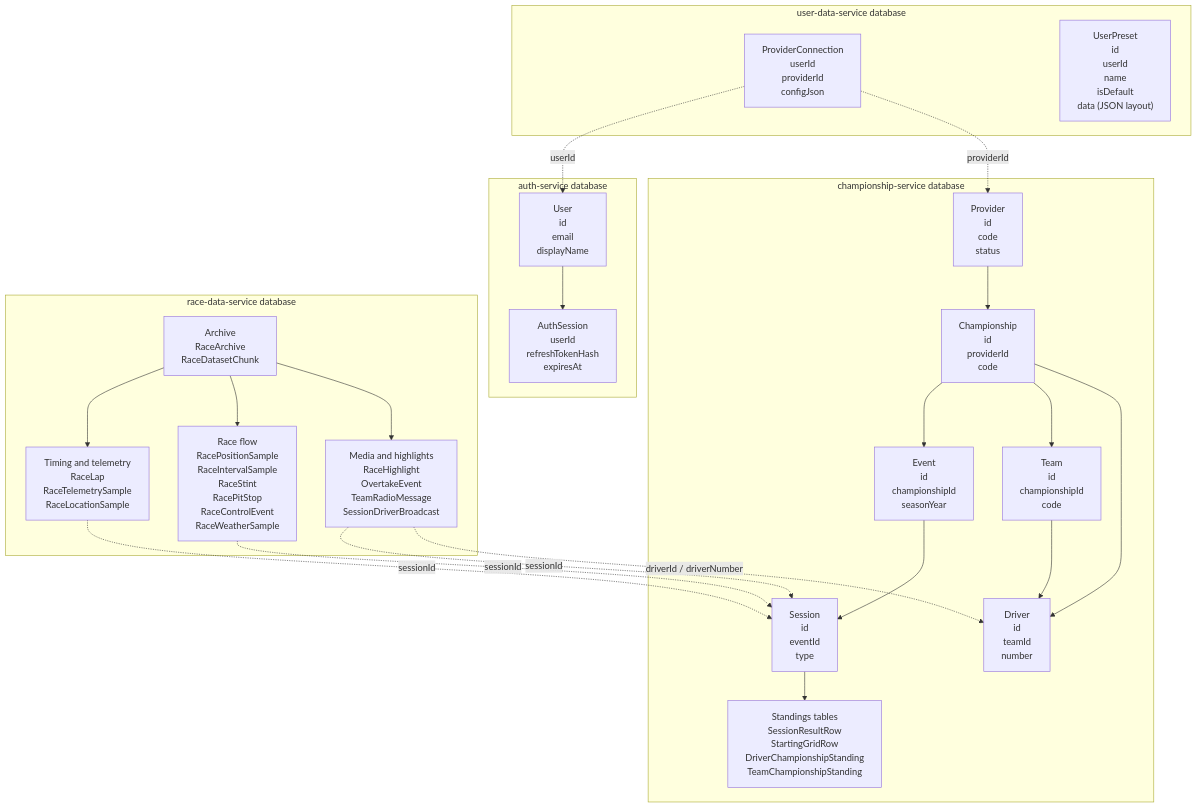
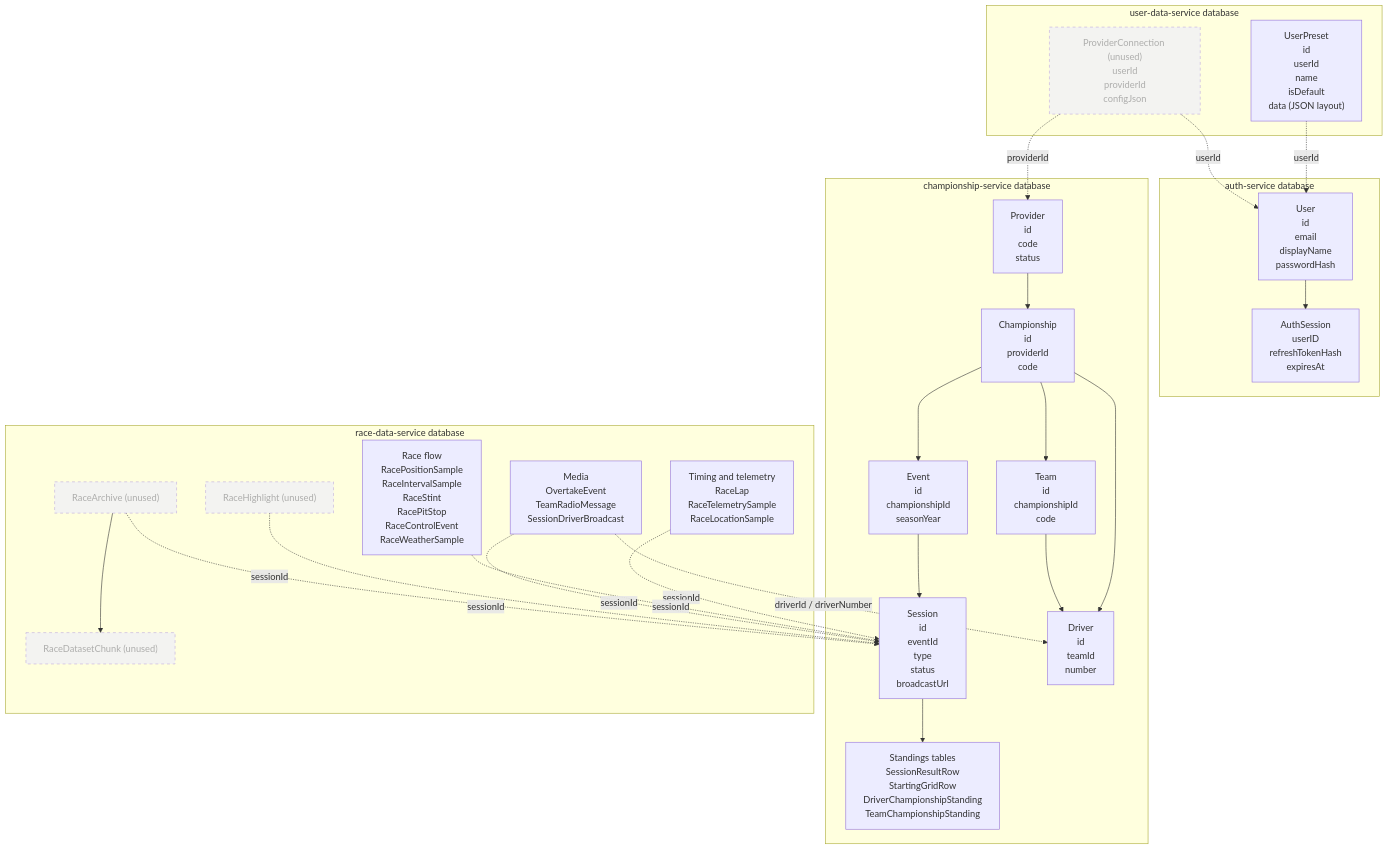
One commit to OverDrive-Motorsports/OD_Backend changed the diagram in docs/database-diagram.mmd. Above: the diagram before and after it, drawn with Mermaid. The commit also changed 28 other files, not shown here.

Commit message:
fix(user-data): serialise per-user preset writes and surface token expiry

```diff
--- a/docs/database-diagram.mmd
+++ b/docs/database-diagram.mmd
@@ -1,96 +1,102 @@
 flowchart TB
     subgraph AUTH_DB["auth-service database"]
         AUTH_USER["User
 id
 email
-displayName"]
+displayName
+passwordHash"]
         AUTH_SESSION["AuthSession
-userId
+userID
 refreshTokenHash
 expiresAt"]
         AUTH_USER --> AUTH_SESSION
     end
 
     subgraph USER_DATA_DB["user-data-service database"]
-        UDS_CONNECTION["ProviderConnection
-userId
-providerId
-configJson"]
         UDS_PRESET["UserPreset
 id
 userId
 name
 isDefault
 data (JSON layout)"]
+        UDS_CONNECTION["ProviderConnection (unused)
+userId
+providerId
+configJson"]
     end
 
     subgraph CHAMPIONSHIP_DB["championship-service database"]
         CH_PROVIDER["Provider
 id
 code
 status"]
         CH_CHAMP["Championship
 id
 providerId
 code"]
         CH_EVENT["Event
 id
 championshipId
 seasonYear"]
         CH_SESSION["Session
 id
 eventId
-type"]
+type
+status
+broadcastUrl"]
         CH_TEAM["Team
 id
 championshipId
 code"]
         CH_DRIVER["Driver
 id
 teamId
 number"]
         CH_STANDINGS["Standings tables
 SessionResultRow
 StartingGridRow
 DriverChampionshipStanding
 TeamChampionshipStanding"]
         CH_PROVIDER --> CH_CHAMP
         CH_CHAMP --> CH_EVENT
         CH_CHAMP --> CH_TEAM
         CH_CHAMP --> CH_DRIVER
         CH_EVENT --> CH_SESSION
         CH_TEAM --> CH_DRIVER
         CH_SESSION --> CH_STANDINGS
     end
 
     subgraph RACE_DATA_DB["race-data-service database"]
         RD_TIMING["Timing and telemetry
 RaceLap
 RaceTelemetrySample
 RaceLocationSample"]
         RD_FLOW["Race flow
 RacePositionSample
 RaceIntervalSample
 RaceStint
 RacePitStop
 RaceControlEvent
 RaceWeatherSample"]
-        RD_MEDIA["Media and highlights
-RaceHighlight
+        RD_MEDIA["Media
 OvertakeEvent
 TeamRadioMessage
 SessionDriverBroadcast"]
-        RD_ARCHIVE["Archive
-RaceArchive
-RaceDatasetChunk"]
-        RD_ARCHIVE --> RD_TIMING
-        RD_ARCHIVE --> RD_FLOW
-        RD_ARCHIVE --> RD_MEDIA
+        RD_HIGHLIGHT["RaceHighlight (unused)"]
+        RD_ARCHIVE["RaceArchive (unused)"]
+        RD_CHUNK["RaceDatasetChunk (unused)"]
+        RD_ARCHIVE --> RD_CHUNK
     end
 
+    UDS_PRESET -. "userId" .-> AUTH_USER
     UDS_CONNECTION -. "userId" .-> AUTH_USER
     UDS_CONNECTION -. "providerId" .-> CH_PROVIDER
     RD_TIMING -. "sessionId" .-> CH_SESSION
     RD_FLOW -. "sessionId" .-> CH_SESSION
     RD_MEDIA -. "sessionId" .-> CH_SESSION
     RD_MEDIA -. "driverId / driverNumber" .-> CH_DRIVER
+    RD_HIGHLIGHT -. "sessionId" .-> CH_SESSION
+    RD_ARCHIVE -. "sessionId" .-> CH_SESSION
+
+    classDef unused stroke-dasharray: 5 5,opacity:0.6
+    class UDS_CONNECTION,RD_HIGHLIGHT,RD_ARCHIVE,RD_CHUNK unused
```
